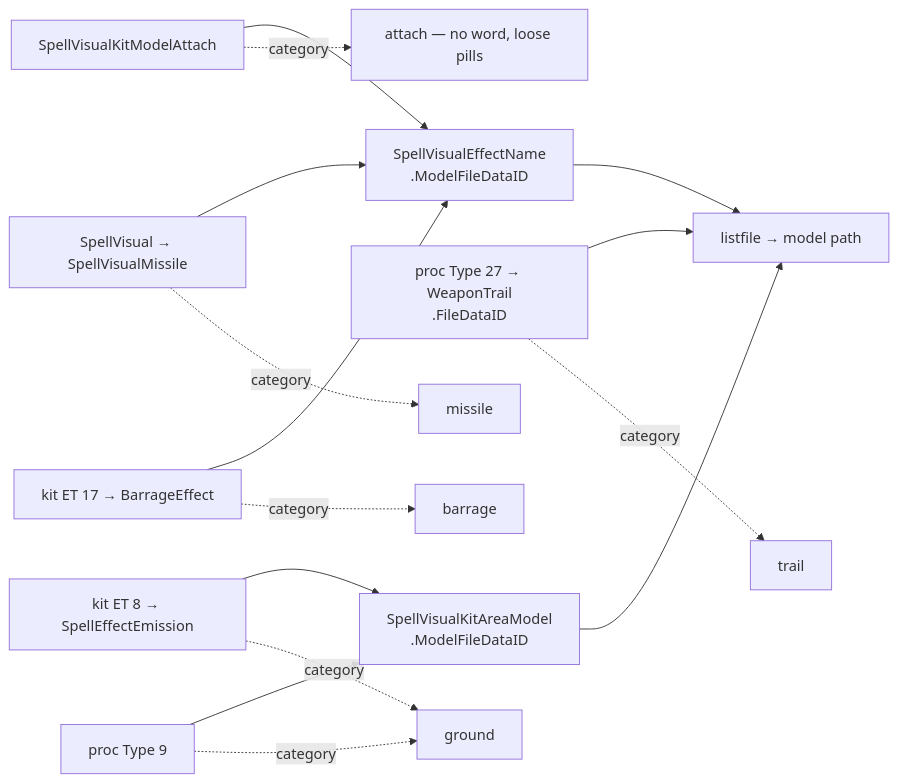
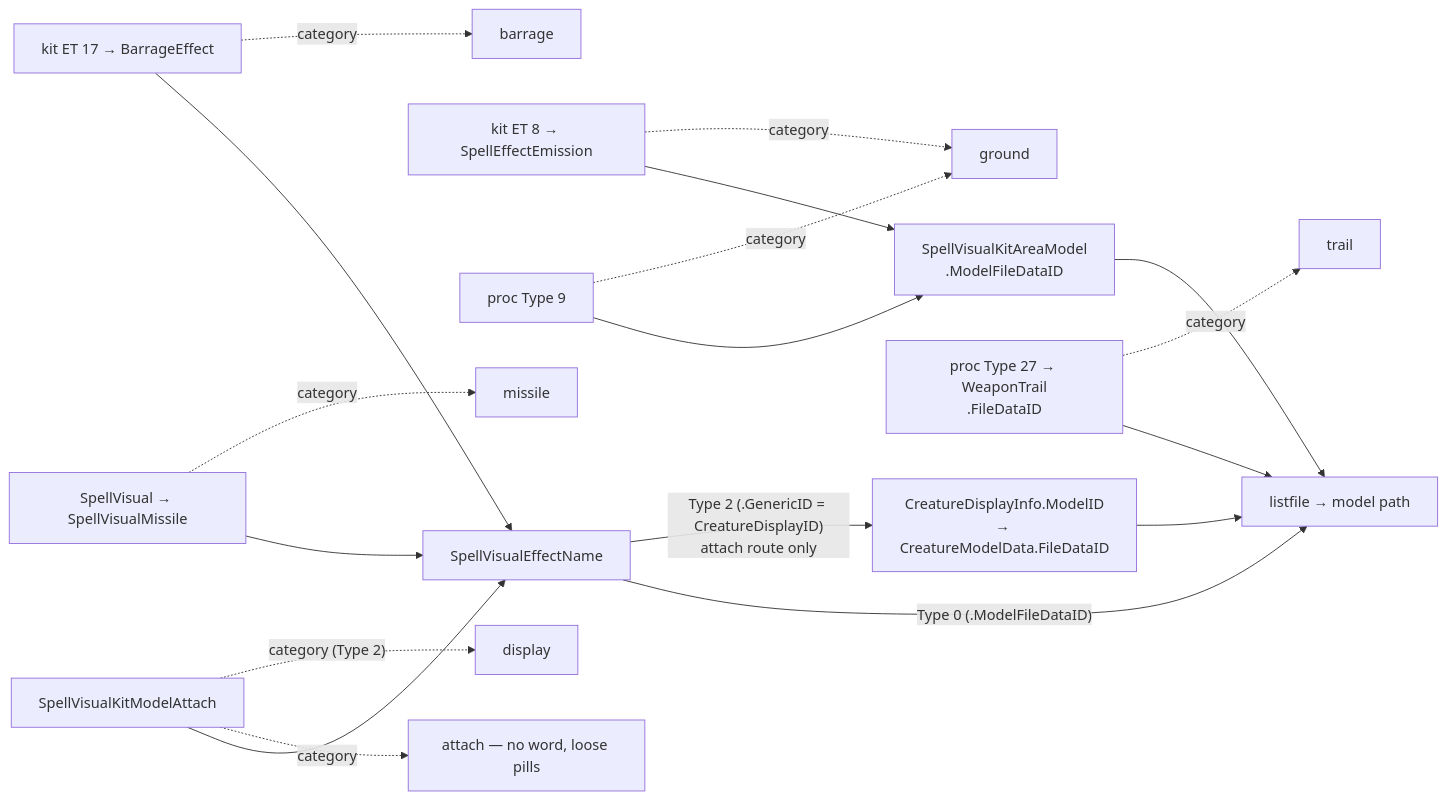
The fifth of 14 diagrams in DATA_ROUTES.md (Natans8/Epsilook), drawn with Mermaid before and after one commit. The commit also changed other lines of this file and 5 other files, not shown here.

````diff
--- a/DATA_ROUTES.md
+++ b/DATA_ROUTES.md
@@ -236,21 +236,24 @@
 ```mermaid
 flowchart LR
-  A1["SpellVisualKitModelAttach"] --> EN["SpellVisualEffectName<br/>.ModelFileDataID"]
+  A1["SpellVisualKitModelAttach"] --> EN["SpellVisualEffectName"]
   M1["SpellVisual → SpellVisualMissile"] --> EN
   E17["kit ET 17 → BarrageEffect"] --> EN
+
+  EN -->|"Type 0 (.ModelFileDataID)"| LF["listfile → model path"]
+  EN -->|"Type 2 (.GenericID = CreatureDisplayID)<br/>attach route only"| CDI["CreatureDisplayInfo.ModelID<br/>→ CreatureModelData.FileDataID"]
+  CDI --> LF
 
   E8["kit ET 8 → SpellEffectEmission"] --> AM["SpellVisualKitAreaModel<br/>.ModelFileDataID"]
   P9["proc Type 9"] --> AM
 
   P27["proc Type 27 → WeaponTrail<br/>.FileDataID"] --> LF
-
-  EN --> LF["listfile → model path"]
   AM --> LF
 
   A1 -.->|"category"| C0["attach — no word, loose pills"]
+  A1 -.->|"category (Type 2)"| C5["display"]
   M1 -.->|"category"| C1["missile"]
   E17 -.->|"category"| C4["barrage"]
   E8 -.->|"category"| C2["ground"]
   P9 -.->|"category"| C2
   P27 -.->|"category"| C3["trail"]
 ```
````
